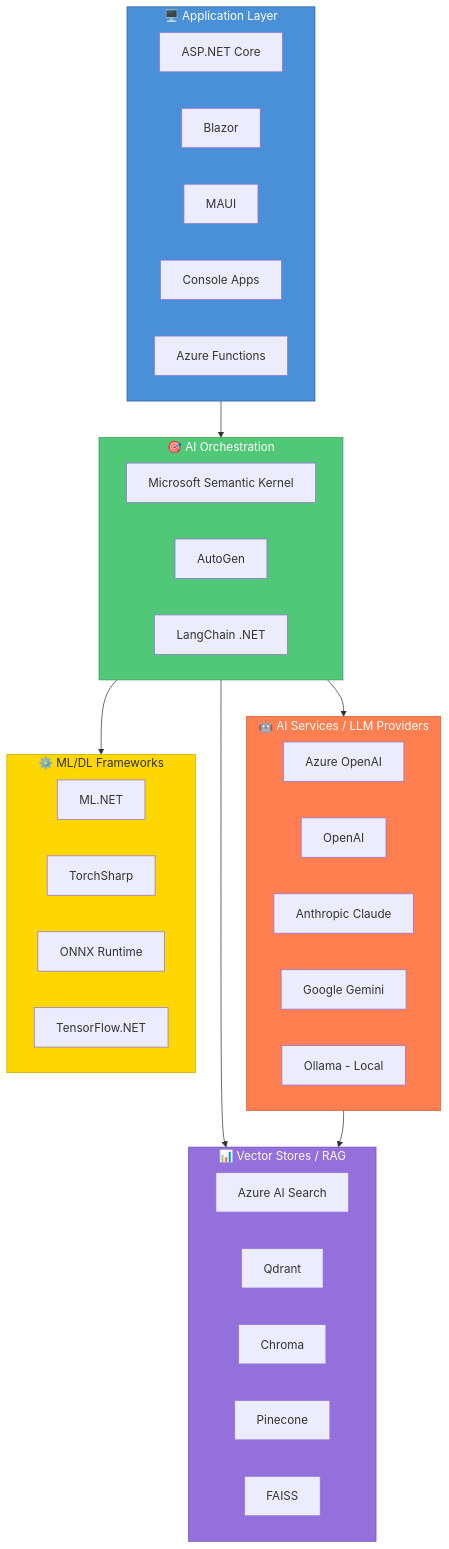
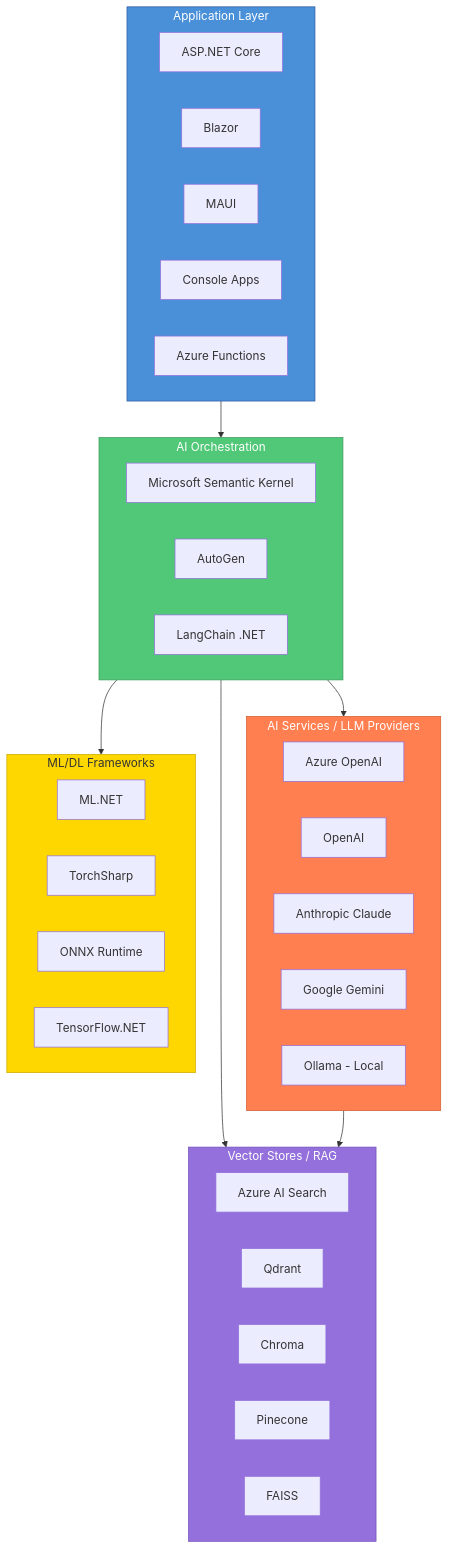
One commit to senthil-sekar/ai-learning-path changed the diagram in README.md. Above: the diagram before and after it, drawn with Mermaid. The commit also changed other lines of this file, not shown here.

````diff
--- a/README.md
+++ b/README.md
@@ -816,56 +816,56 @@
 ```mermaid
 flowchart TB
-    subgraph APP["🖥️ Application Layer"]
+    subgraph APP["Application Layer"]
         direction LR
         A1[ASP.NET Core]
         A2[Blazor]
         A3[MAUI]
         A4[Console Apps]
         A5[Azure Functions]
     end
     
-    subgraph ORCH["🎯 AI Orchestration"]
+    subgraph ORCH["AI Orchestration"]
         direction LR
         O1[Microsoft Semantic Kernel]
         O2[AutoGen]
         O3[LangChain .NET]
     end
     
-    subgraph AI["🤖 AI Services / LLM Providers"]
+    subgraph AI["AI Services / LLM Providers"]
         direction LR
         S1[Azure OpenAI]
         S2[OpenAI]
         S3[Anthropic Claude]
         S4[Google Gemini]
         S5[Ollama - Local]
     end
     
-    subgraph VEC["📊 Vector Stores / RAG"]
+    subgraph VEC["Vector Stores / RAG"]
         direction LR
         V1[Azure AI Search]
         V2[Qdrant]
         V3[Chroma]
         V4[Pinecone]
         V5[FAISS]
     end
     
-    subgraph ML["⚙️ ML/DL Frameworks"]
+    subgraph ML["ML/DL Frameworks"]
         direction LR
         M1[ML.NET]
         M2[TorchSharp]
         M3[ONNX Runtime]
         M4[TensorFlow.NET]
     end
     
     APP --> ORCH
     ORCH --> AI
     ORCH --> VEC
     ORCH --> ML
     AI --> VEC
     
     style APP fill:#4a90d9,stroke:#2c5aa0,color:#fff
     style ORCH fill:#50c878,stroke:#3a9a5a,color:#fff
     style AI fill:#ff7f50,stroke:#d35f30,color:#fff
     style VEC fill:#9370db,stroke:#7350bb,color:#fff
     style ML fill:#ffd700,stroke:#ccaa00,color:#333
 ```
````
